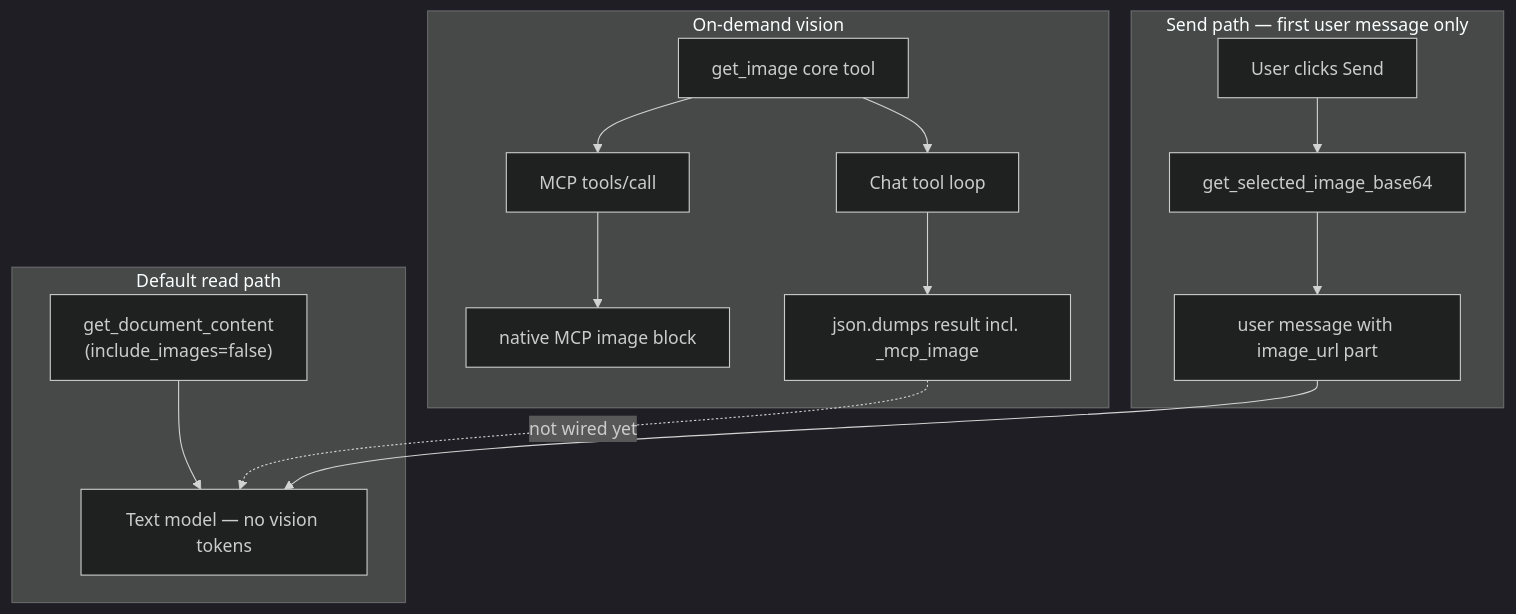
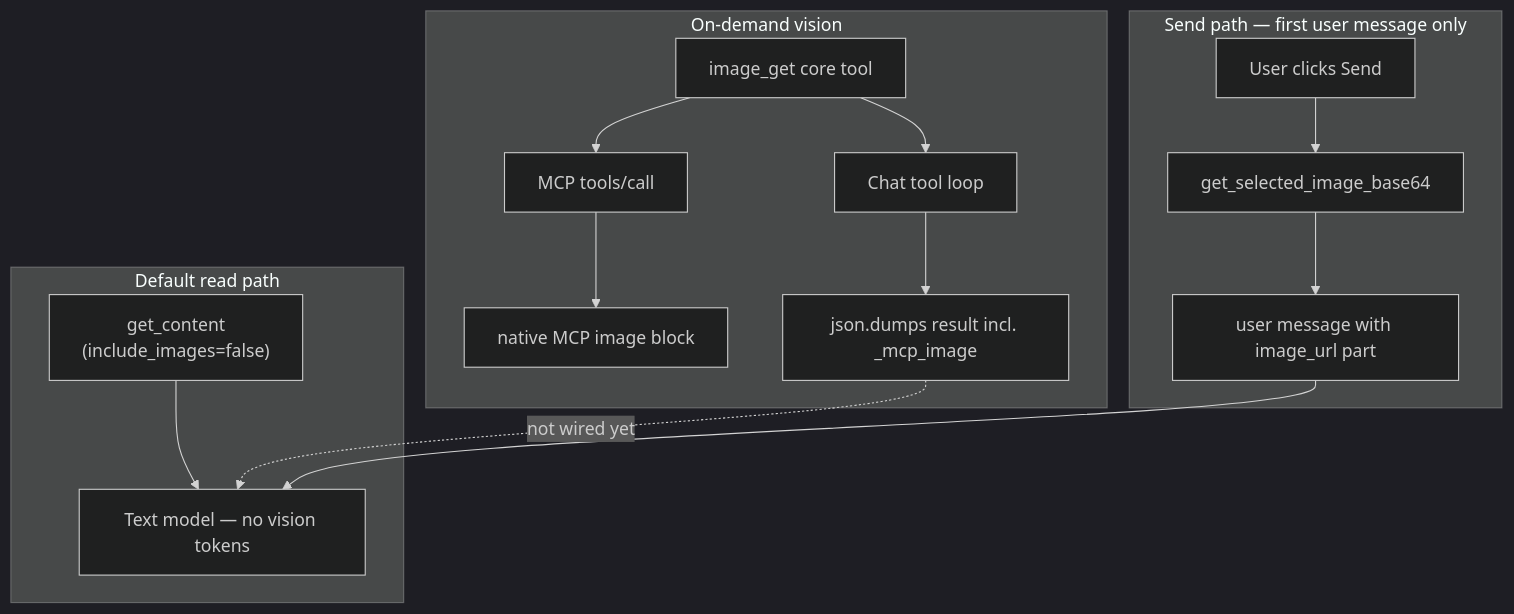
The diagram in docs/images/recognition-multimodal-LLMs.md (KeithCu/writeragent), drawn with Mermaid (dark theme) before and after one commit. The commit also changed other lines of this file and 327 other files, not shown here.

````diff
--- a/docs/images/recognition-multimodal-LLMs.md
+++ b/docs/images/recognition-multimodal-LLMs.md
@@ -15,21 +15,21 @@
 ```mermaid
 flowchart TB
   subgraph lazy [Default read path]
-    GDC["get_document_content<br/>(include_images=false)"]
+    GDC["get_content<br/>(include_images=false)"]
     GDC --> TextModel[Text model — no vision tokens]
   end
   subgraph ondemand [On-demand vision]
-    GI[get_image core tool]
+    GI[image_get core tool]
     GI --> MCP[MCP tools/call]
     MCP --> ImageBlock["native MCP image block"]
     GI --> Chat[Chat tool loop]
     Chat --> JSON["json.dumps result incl. _mcp_image"]
   end
   JSON -.->|"not wired yet"| TextModel
   subgraph send [Send path — first user message only]
     Send[User clicks Send]
     Send --> SelImg["get_selected_image_base64"]
     SelImg --> UserMsg["user message with image_url part"]
     UserMsg --> TextModel
   end
 ```
````
